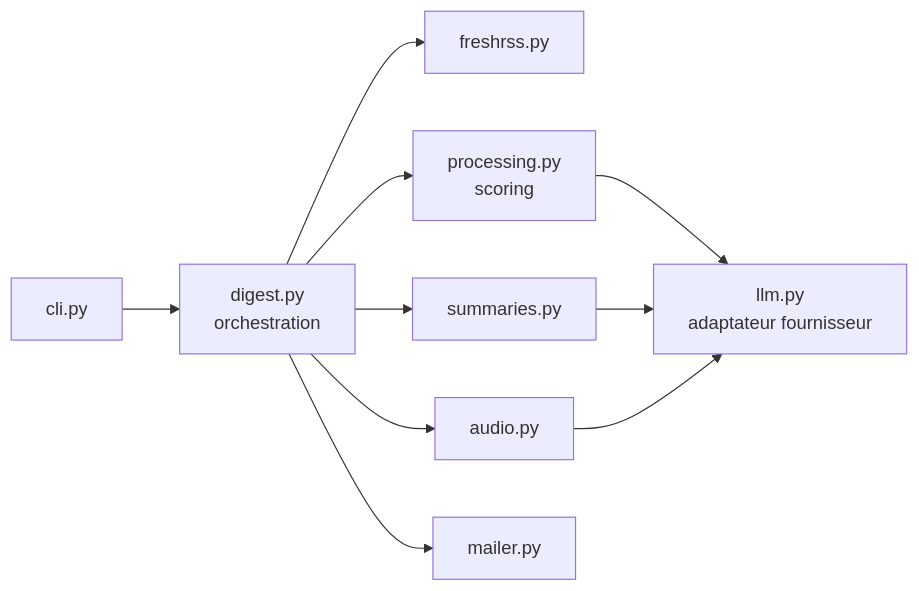
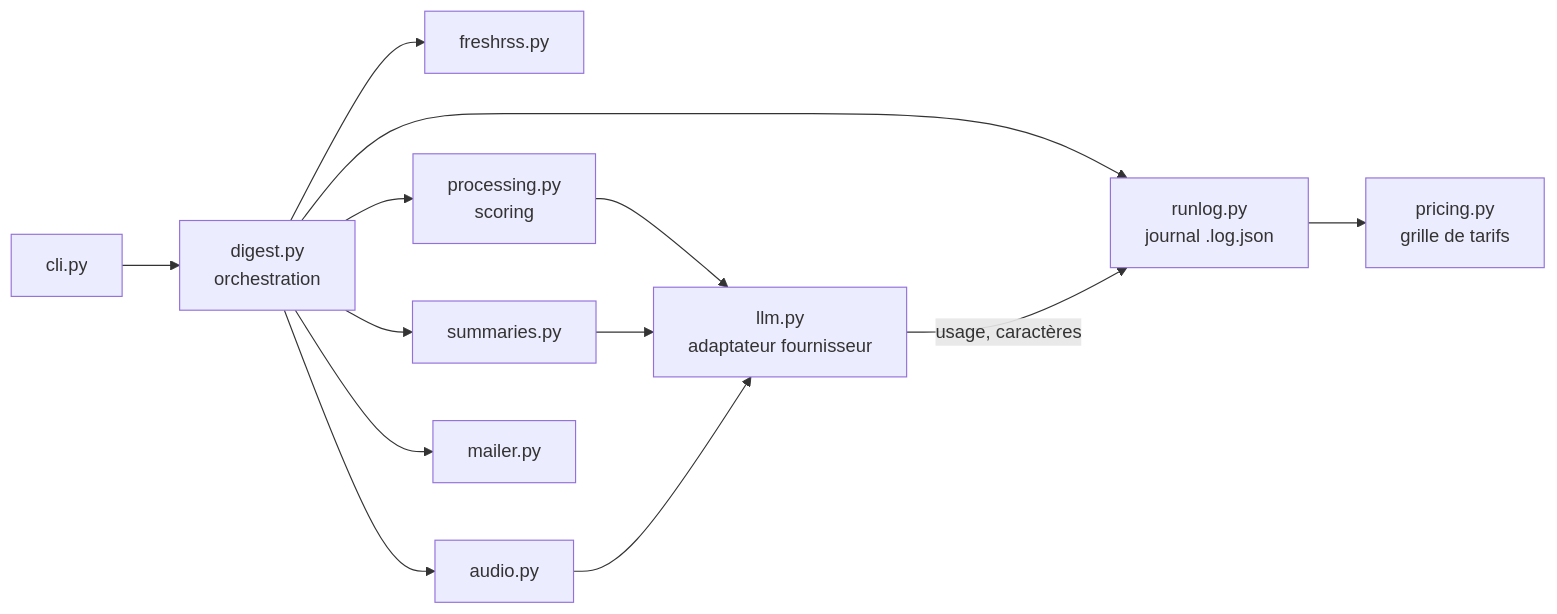
Before and after one commit to odrix/RSSResume: the second of 2 diagrams in FONCTIONNEMENT.md, drawn with Mermaid. The commit also changed other lines of this file and 13 other files, not shown here.

````diff
--- a/FONCTIONNEMENT.md
+++ b/FONCTIONNEMENT.md
@@ -371,12 +498,15 @@
 ```mermaid
 flowchart LR
     CLI[cli.py] --> DIG[digest.py<br/>orchestration]
     DIG --> FR[freshrss.py]
     DIG --> PR[processing.py<br/>scoring]
     DIG --> SU[summaries.py]
     DIG --> AU[audio.py]
     DIG --> MA[mailer.py]
+    DIG --> RL[runlog.py<br/>journal .log.json]
     PR --> LLM[llm.py<br/>adaptateur fournisseur]
     SU --> LLM
     AU --> LLM
+    LLM -->|usage, caractères| RL
+    RL --> PRI[pricing.py<br/>grille de tarifs]
 ```
````
